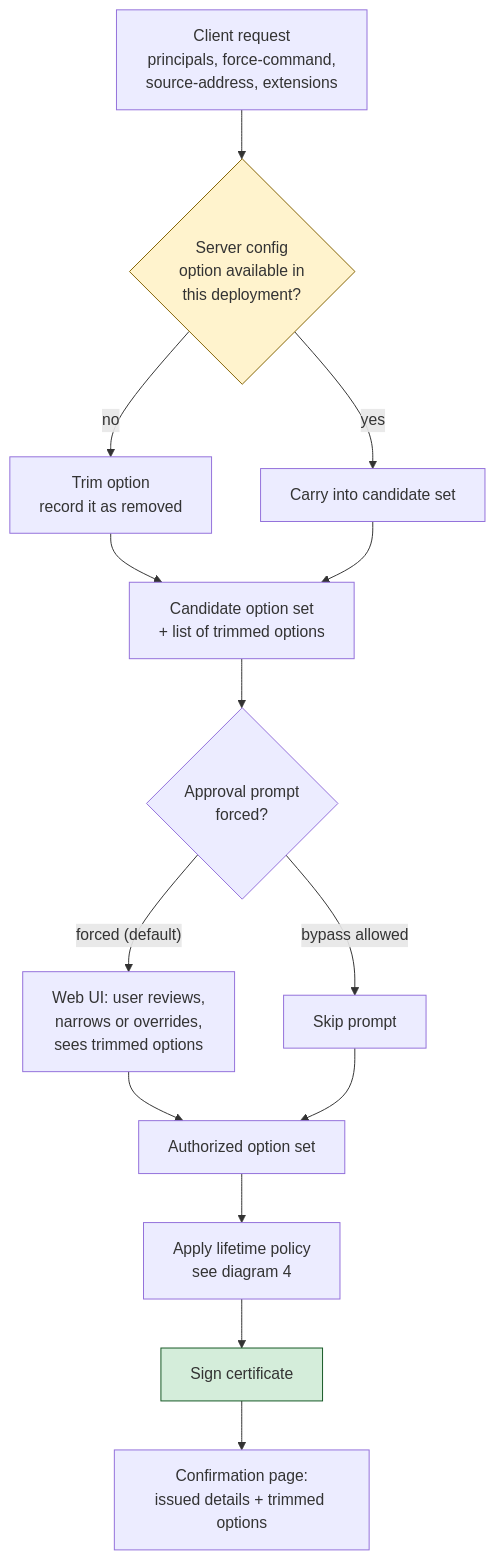
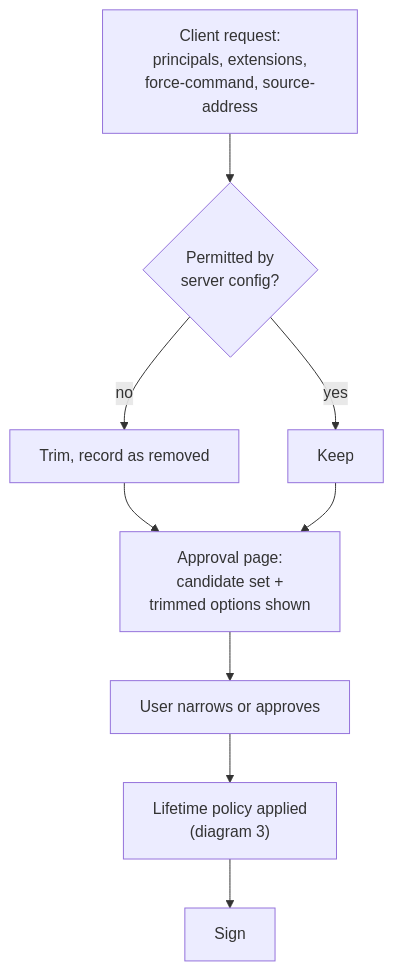
Before and after one commit to mnestor/ssoossh: the fifth of 11 diagrams in docs/flows.md, drawn with Mermaid. The commit also changed other lines of this file and 81 other files, not shown here.

````diff
--- a/docs/flows.md
+++ b/docs/flows.md
@@ -143,21 +128,11 @@
 ```mermaid
 flowchart TD
-    A["Client request<br/>principals, force-command,<br/>source-address, extensions"] --> B{"Server config<br/>option available in<br/>this deployment?"}
-    B -- "no" --> C["Trim option<br/>record it as removed"]
-    B -- "yes" --> D["Carry into candidate set"]
-    C --> E["Candidate option set<br/>+ list of trimmed options"]
+    A["Client request:<br/>principals, extensions,<br/>force-command, source-address"] --> B{"Permitted by<br/>server config?"}
+    B -- "no" --> C["Trim, record as removed"]
+    B -- "yes" --> D["Keep"]
+    C --> E["Approval page:<br/>candidate set +<br/>trimmed options shown"]
     D --> E
-
-    E --> F{"Approval prompt<br/>forced?"}
-    F -- "forced (default)" --> G["Web UI: user reviews,<br/>narrows or overrides,<br/>sees trimmed options"]
-    F -- "bypass allowed" --> H["Skip prompt"]
-    G --> I["Authorized option set"]
-    H --> I
-
-    I --> J["Apply lifetime policy<br/>see diagram 4"]
-    J --> K["Sign certificate"]
-    K --> L["Confirmation page:<br/>issued details + trimmed options"]
-
-    style B fill:#fff3cd,stroke:#856404
-    style K fill:#d4edda,stroke:#155724
+    E --> F["User narrows or approves"]
+    F --> G["Lifetime policy applied<br/>(diagram 3)"]
+    G --> H["Sign"]
 ```
````
